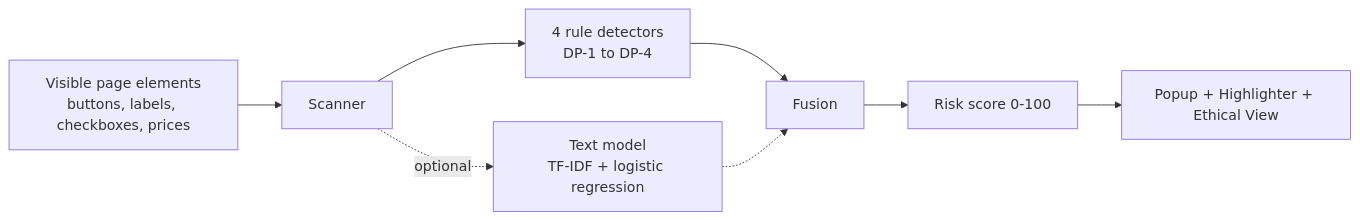
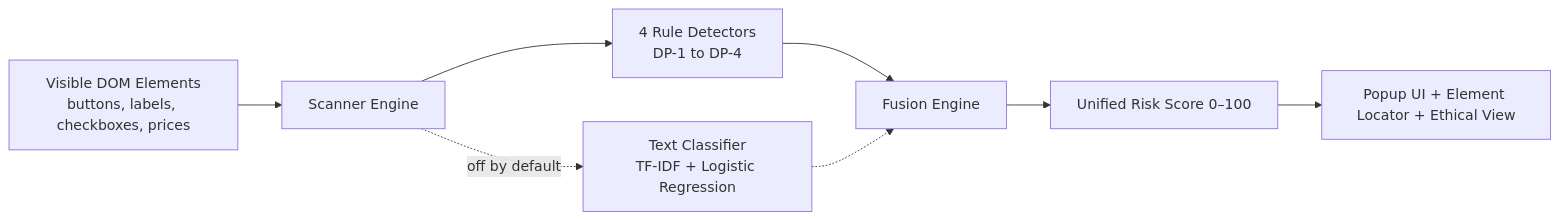
Before and after one commit to rudrakshsharma1312-gif/Dark-pattern: the diagram in README.md, drawn with Mermaid. The commit also changed other lines of this file, not shown here.

````diff
--- a/README.md
+++ b/README.md
@@ -66,10 +104,10 @@
 ```mermaid
 flowchart LR
-    A[Visible page elements<br/>buttons, labels, checkboxes, prices] --> B[Scanner]
-    B --> C[4 rule detectors<br/>DP-1 to DP-4]
-    B -.optional.-> D[Text model<br/>TF-IDF + logistic regression]
-    C --> E[Fusion]
+    A[Visible DOM Elements<br/>buttons, labels, checkboxes, prices] --> B[Scanner Engine]
+    B --> C[4 Rule Detectors<br/>DP-1 to DP-4]
+    B -.off by default.-> D[Text Classifier<br/>TF-IDF + Logistic Regression]
+    C --> E[Fusion Engine]
     D -.-> E
-    E --> F[Risk score 0-100]
-    F --> G[Popup + Highlighter + Ethical View]
+    E --> F[Unified Risk Score 0–100]
+    F --> G[Popup UI + Element Locator + Ethical View]
 ```
````
